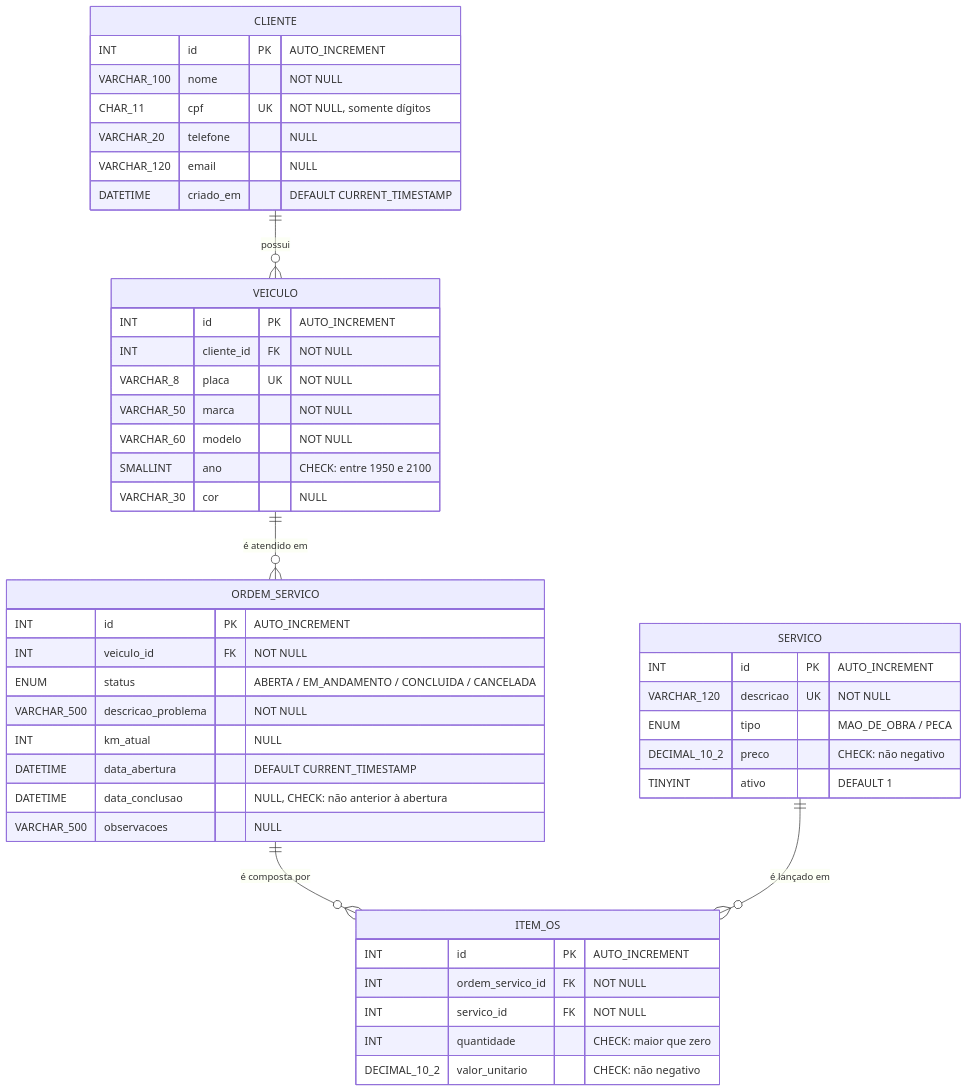
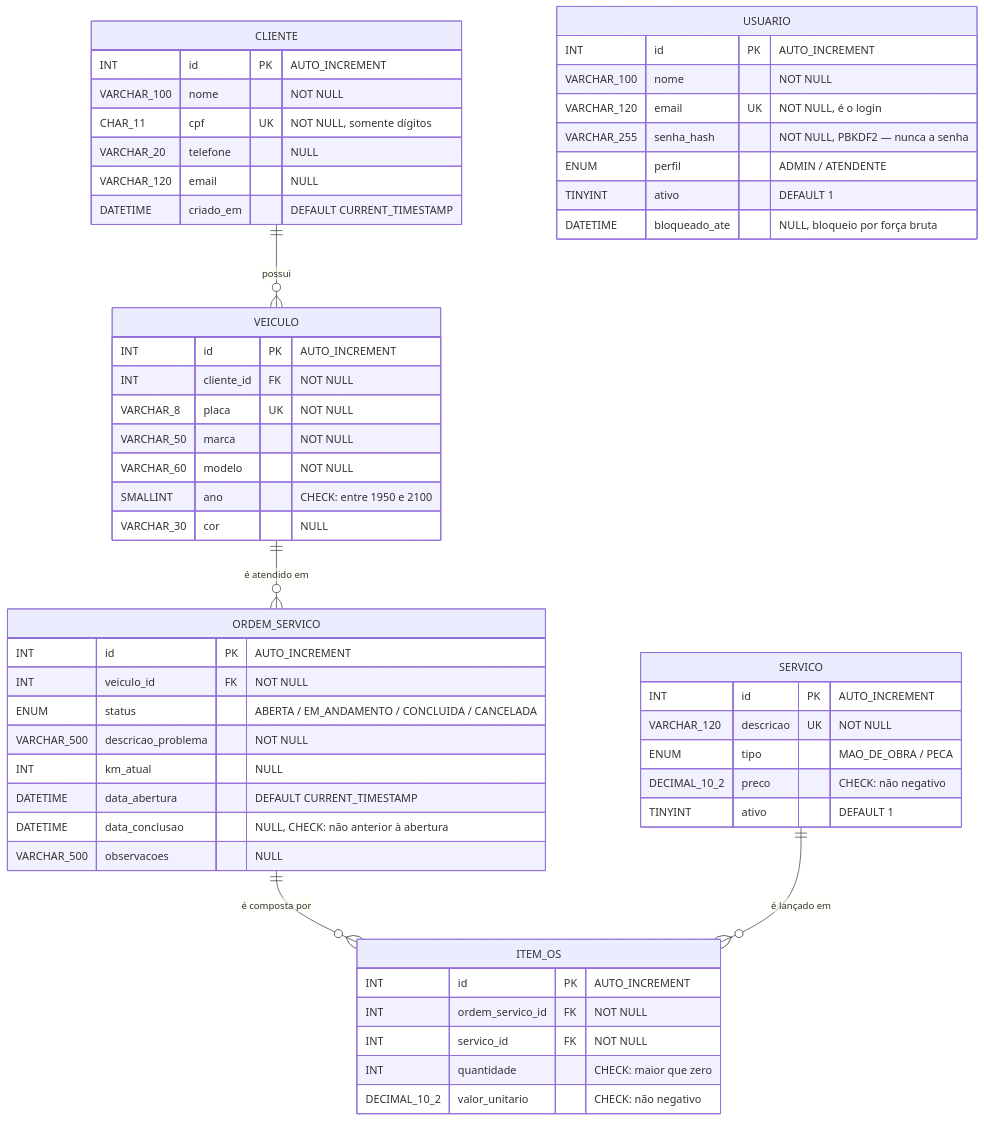
One commit to Lindolfoo/OficinaMecanica changed the diagram in README.md. Above: the diagram before and after it, drawn with Mermaid. The commit also changed other lines of this file and 3 other files, not shown here.

````diff
--- a/README.md
+++ b/README.md
@@ -176,53 +116,63 @@
 ```mermaid
 erDiagram
     CLIENTE ||--o{ VEICULO : "possui"
     VEICULO ||--o{ ORDEM_SERVICO : "é atendido em"
     ORDEM_SERVICO ||--o{ ITEM_OS : "é composta por"
     SERVICO ||--o{ ITEM_OS : "é lançado em"
 
     CLIENTE {
         INT id PK "AUTO_INCREMENT"
         VARCHAR_100 nome "NOT NULL"
         CHAR_11 cpf UK "NOT NULL, somente dígitos"
         VARCHAR_20 telefone "NULL"
         VARCHAR_120 email "NULL"
         DATETIME criado_em "DEFAULT CURRENT_TIMESTAMP"
     }
 
     VEICULO {
         INT id PK "AUTO_INCREMENT"
         INT cliente_id FK "NOT NULL"
         VARCHAR_8 placa UK "NOT NULL"
         VARCHAR_50 marca "NOT NULL"
         VARCHAR_60 modelo "NOT NULL"
         SMALLINT ano "CHECK: entre 1950 e 2100"
         VARCHAR_30 cor "NULL"
     }
 
     SERVICO {
         INT id PK "AUTO_INCREMENT"
         VARCHAR_120 descricao UK "NOT NULL"
         ENUM tipo "MAO_DE_OBRA / PECA"
         DECIMAL_10_2 preco "CHECK: não negativo"
         TINYINT ativo "DEFAULT 1"
     }
 
     ORDEM_SERVICO {
         INT id PK "AUTO_INCREMENT"
         INT veiculo_id FK "NOT NULL"
         ENUM status "ABERTA / EM_ANDAMENTO / CONCLUIDA / CANCELADA"
         VARCHAR_500 descricao_problema "NOT NULL"
         INT km_atual "NULL"
         DATETIME data_abertura "DEFAULT CURRENT_TIMESTAMP"
         DATETIME data_conclusao "NULL, CHECK: não anterior à abertura"
         VARCHAR_500 observacoes "NULL"
     }
 
     ITEM_OS {
         INT id PK "AUTO_INCREMENT"
         INT ordem_servico_id FK "NOT NULL"
         INT servico_id FK "NOT NULL"
         INT quantidade "CHECK: maior que zero"
         DECIMAL_10_2 valor_unitario "CHECK: não negativo"
     }
+
+    USUARIO {
+        INT id PK "AUTO_INCREMENT"
+        VARCHAR_100 nome "NOT NULL"
+        VARCHAR_120 email UK "NOT NULL, é o login"
+        VARCHAR_255 senha_hash "NOT NULL, PBKDF2 — nunca a senha"
+        ENUM perfil "ADMIN / ATENDENTE"
+        TINYINT ativo "DEFAULT 1"
+        DATETIME bloqueado_ate "NULL, bloqueio por força bruta"
+    }
 ```
````
